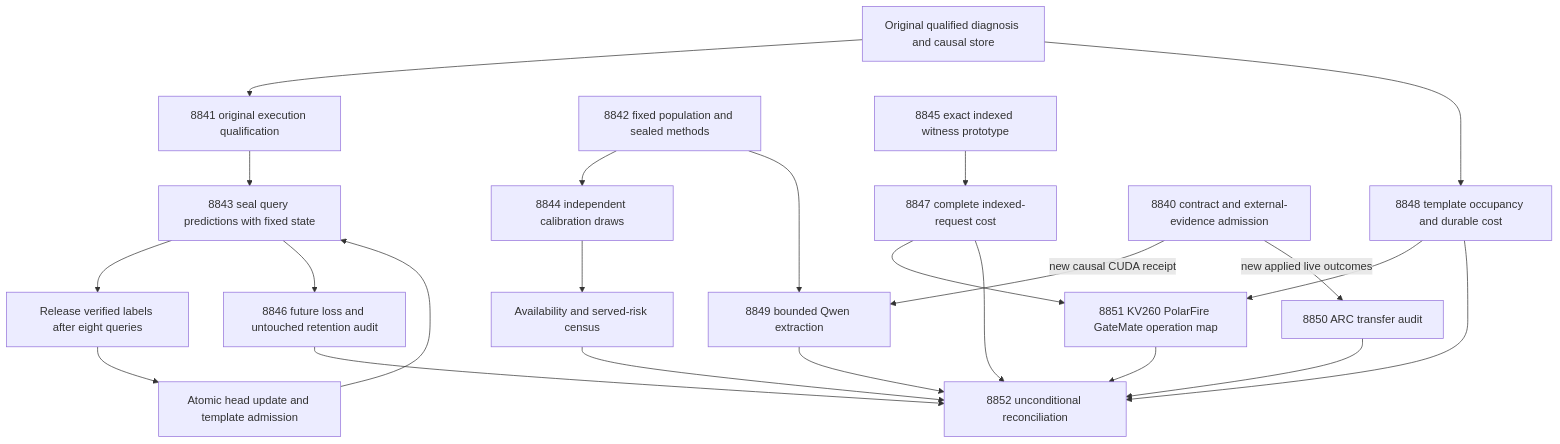
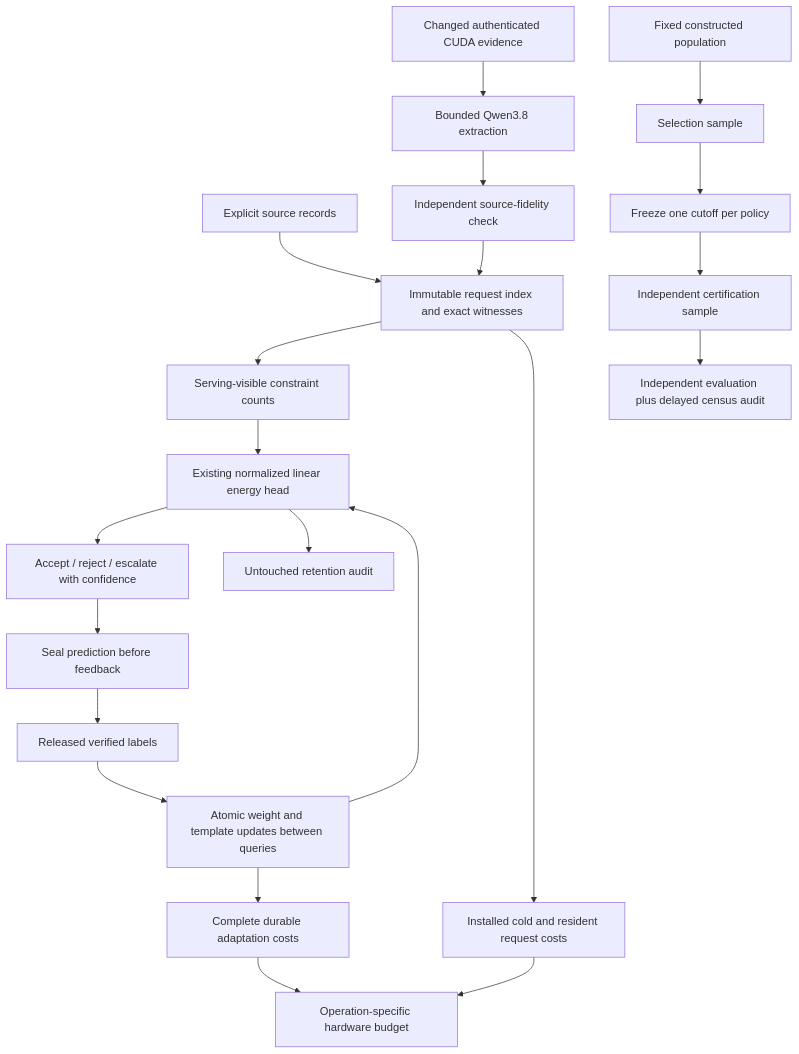
Before and after one commit to Carnot-EBM/carnot-ebm: the first of 2 diagrams in openspec/change-proposals/research-roadmap-vNEXT.md, drawn with Mermaid. The commit also changed other lines of this file and 18 other files, not shown here.

````diff
--- a/openspec/change-proposals/research-roadmap-vNEXT.md
+++ b/openspec/change-proposals/research-roadmap-vNEXT.md
@@ -77,25 +74,23 @@
 ```mermaid
 flowchart TD
-  O[Original qualified diagnosis and causal store] --> Q[8841 original execution qualification]
-  Q --> S[8843 seal query predictions with fixed state]
-  S --> F[Release verified labels after eight queries]
-  F --> U[Atomic head update and template admission]
-  U --> S
-  S --> A[8846 future loss and untouched retention audit]
-  P[8842 fixed population and sealed methods] --> C[8844 independent calibration draws]
-  C --> R[Availability and served-risk census]
-  W[8845 exact indexed witness prototype] --> K[8847 complete indexed-request cost]
-  O --> M[8848 template occupancy and durable cost]
-  B[8840 contract and external-evidence admission] -->|new causal CUDA receipt| L[8849 bounded Qwen extraction]
-  P --> L
-  B -->|new applied live outcomes| X[8850 ARC transfer audit]
-  K --> H[8851 KV260 PolarFire GateMate operation map]
-  M --> H
-  A --> Z[8852 unconditional reconciliation]
-  R --> Z
-  K --> Z
-  M --> Z
-  L --> Z
-  X --> Z
-  H --> Z
+    A[Explicit source records] --> B[Immutable request index and exact witnesses]
+    B --> C[Serving-visible constraint counts]
+    C --> D[Existing normalized linear energy head]
+    D --> E[Accept / reject / escalate with confidence]
+    E --> F[Seal prediction before feedback]
+    F --> G[Released verified labels]
+    G --> H[Atomic weight and template updates between queries]
+    H --> D
+    D --> I[Untouched retention audit]
+    B --> J[Installed cold and resident request costs]
+    H --> K[Complete durable adaptation costs]
+    J --> L[Operation-specific hardware budget]
+    K --> L
+    M[Changed authenticated CUDA evidence] --> N[Bounded Qwen3.8 extraction]
+    N --> O[Independent source-fidelity check]
+    O --> B
+    P[Fixed constructed population] --> Q[Selection sample]
+    Q --> R[Freeze one cutoff per policy]
+    R --> S[Independent certification sample]
+    S --> T[Independent evaluation plus delayed census audit]
 ```
````
